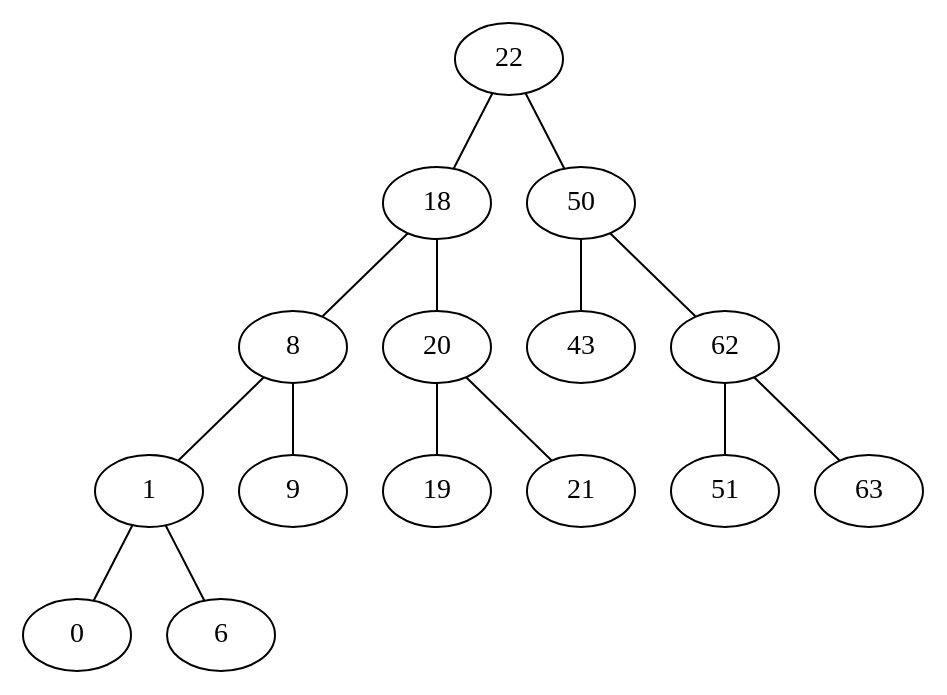
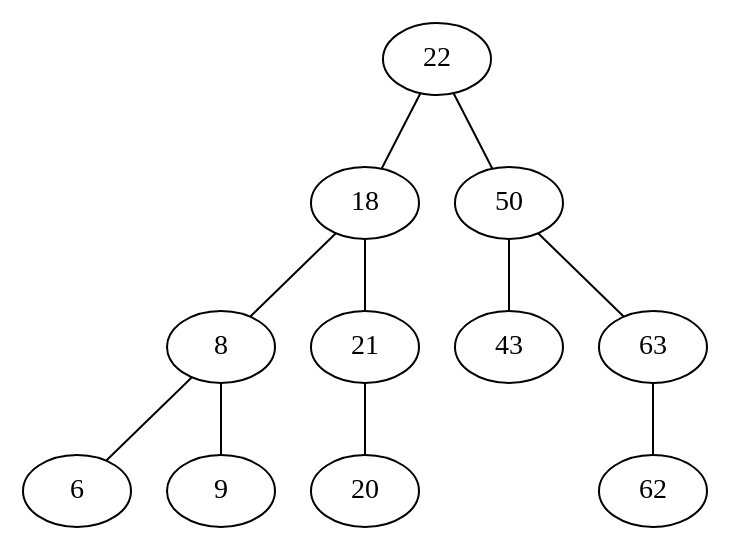
One commit to hAriasm/Practica2_ayde changed the diagram in graph/avltree.dot. Above: the diagram before and after it, drawn with Graphviz. The commit also changed 2 other files, not shown here.

```diff
--- a/graph/avltree.dot
+++ b/graph/avltree.dot
@@ -1,16 +1,13 @@
 graph AVLTree {
+
   22 -- 18;
   18 -- 8;
-  8 -- 1;
-  1 -- 0;
-  1 -- 6;
+  8 -- 6;
   8 -- 9;
-  18 -- 20;
-  20 -- 19;
-  20 -- 21;
+  18 -- 21;
+  21 -- 20;
   22 -- 50;
   50 -- 43;
-  50 -- 62;
-  62 -- 51;
-  62 -- 63;
+  50 -- 63;
+  63 -- 62;
 }
```
